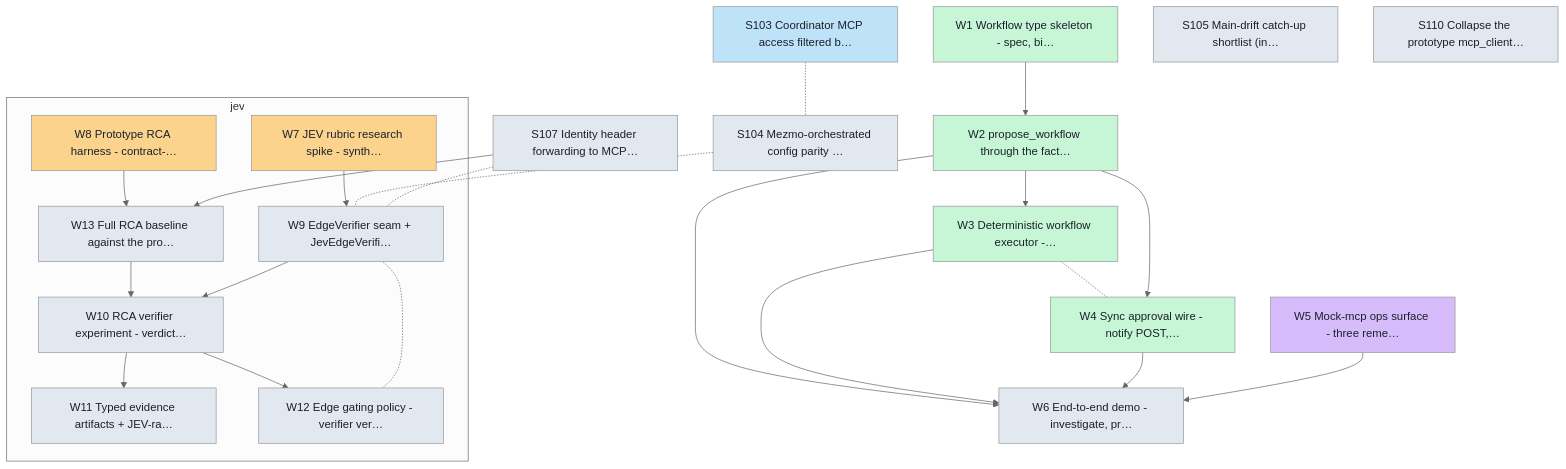
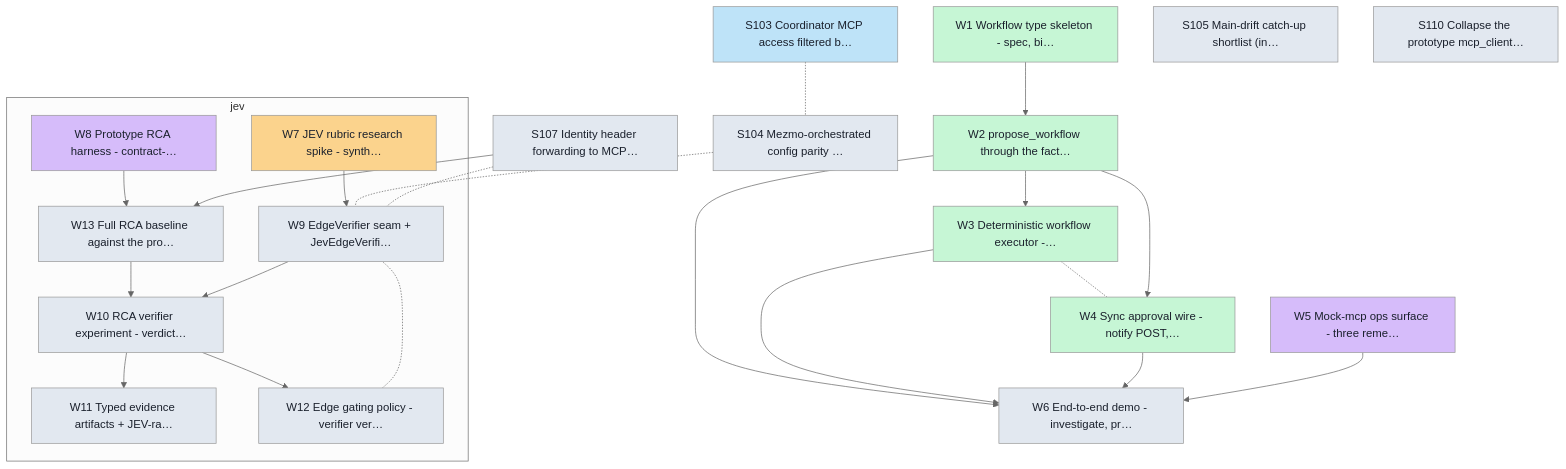
Before and after one commit to Shearerbeard/agent-driver-prototype: the diagram in docs/board/cards/graph.md, drawn with Mermaid (neutral theme). The commit also changed 4 other files, not shown here.

````diff
--- a/docs/board/cards/graph.md
+++ b/docs/board/cards/graph.md
@@ -8,47 +8,47 @@
 ```mermaid
 flowchart TD
   classDef backlog fill:#e2e8f0,color:#1a202c;
   classDef ready fill:#bee3f8,color:#1a202c;
   classDef inprogress fill:#fbd38d,color:#1a202c;
   classDef inreview fill:#d6bcfa,color:#1a202c;
   classDef done fill:#c6f6d5,color:#1a202c;
   subgraph lane_jev["jev"]
     W7["W7 JEV rubric research spike - synth…"]:::inprogress
-    W8["W8 Prototype RCA harness - contract-…"]:::inprogress
+    W8["W8 Prototype RCA harness - contract-…"]:::inreview
     W9["W9 EdgeVerifier seam + JevEdgeVerifi…"]:::backlog
     W10["W10 RCA verifier experiment - verdict…"]:::backlog
     W11["W11 Typed evidence artifacts + JEV-ra…"]:::backlog
     W12["W12 Edge gating policy - verifier ver…"]:::backlog
     W13["W13 Full RCA baseline against the pro…"]:::backlog
   end
   W1["W1 Workflow type skeleton - spec, bi…"]:::done
   W2["W2 propose_workflow through the fact…"]:::done
   W3["W3 Deterministic workflow executor -…"]:::done
   W4["W4 Sync approval wire - notify POST,…"]:::done
   W5["W5 Mock-mcp ops surface - three reme…"]:::inreview
   W6["W6 End-to-end demo - investigate, pr…"]:::backlog
   S103["S103 Coordinator MCP access filtered b…"]:::ready
   S104["S104 Mezmo-orchestrated config parity …"]:::backlog
   S105["S105 Main-drift catch-up shortlist (in…"]:::backlog
   S107["S107 Identity header forwarding to MCP…"]:::backlog
   S110["S110 Collapse the prototype mcp_client…"]:::backlog
   W1 --> W2
   W2 --> W3
   W3 -.- W4
   W2 --> W4
   W2 --> W6
   W3 --> W6
   W4 --> W6
   W5 --> W6
   W7 --> W9
   W13 --> W10
   W9 --> W10
   W10 --> W11
   W10 --> W12
   W12 -.- W9
   W8 --> W13
   S107 --> W13
   S103 -.- S104
   S104 -.- W9
   S107 -.- W9
 ```
````
